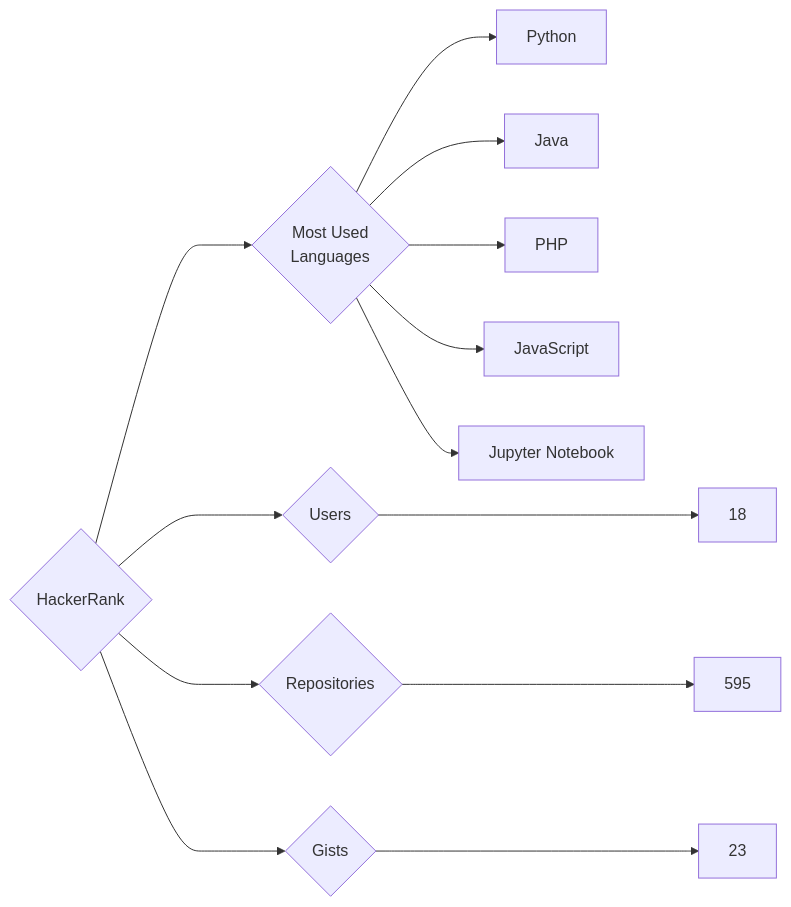
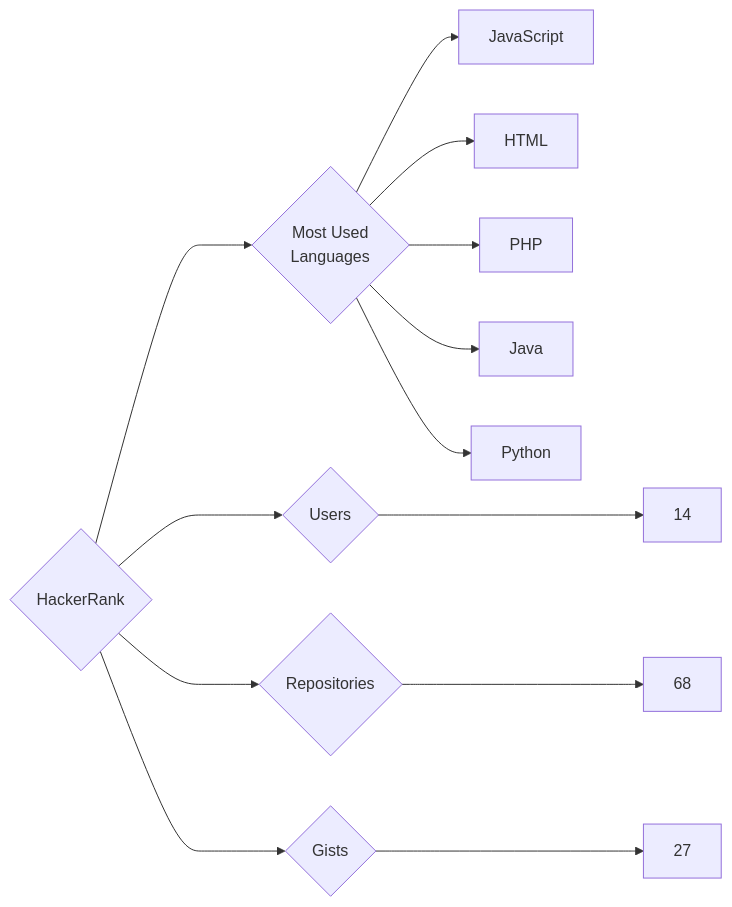
One commit to trickest/insiders changed the diagram in targets/HackerRank/README.md. Above: the diagram before and after it, drawn with Mermaid. The commit also changed 997 other files, not shown here.

````diff
--- a/targets/HackerRank/README.md
+++ b/targets/HackerRank/README.md
@@ -3,13 +3,13 @@
 ```mermaid
 graph LR
 COMPANY_NAME{HackerRank}
-COMPANY_NAME ---> U{Users} ---> UN[18]
-COMPANY_NAME ---> R{Repositories} ---> RN[595]
-COMPANY_NAME ---> G{Gists} ---> GN[23]
+COMPANY_NAME ---> U{Users} ---> UN[14]
+COMPANY_NAME ---> R{Repositories} ---> RN[68]
+COMPANY_NAME ---> G{Gists} ---> GN[27]
 COMPANY_NAME ---> ML{Most Used<br>Languages}
+ML --> JavaScript[JavaScript]
+ML --> HTML[HTML]
+ML --> PHP[PHP]
+ML --> Java[Java]
 ML --> Python[Python]
-ML --> Java[Java]
-ML --> PHP[PHP]
-ML --> JavaScript[JavaScript]
-ML --> Jupyter_Notebook[Jupyter Notebook]
 ```
````
